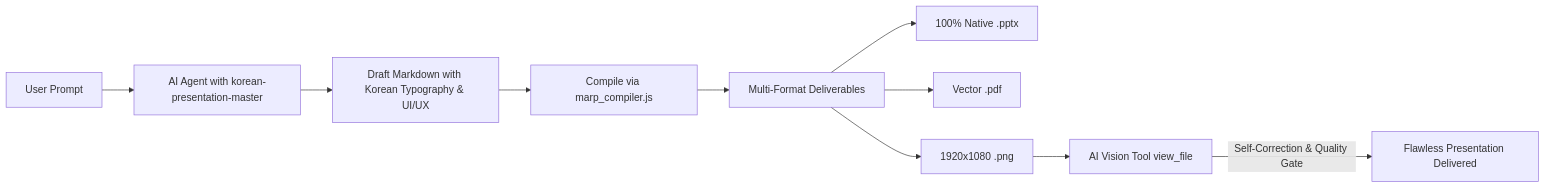
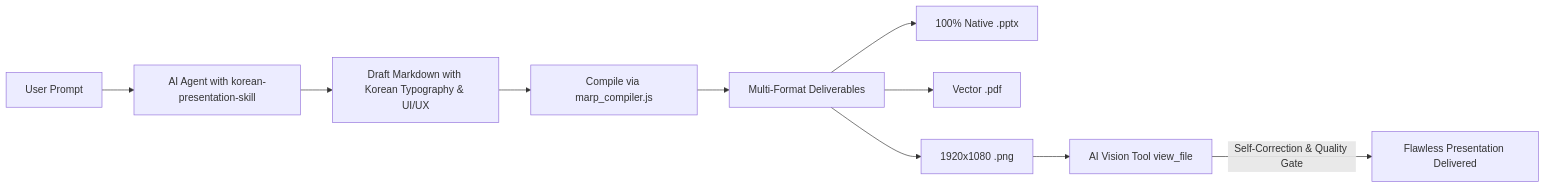
One commit to kez-lab/korean-presentation-skill changed the diagram in README.md. Above: the diagram before and after it, drawn with Mermaid. The commit also changed other lines of this file and 12 other files, not shown here.

Commit message:
feat: rebrand to korean-presentation-skill and update repo references

````diff
--- a/README.md
+++ b/README.md
@@ -60,12 +60,12 @@
 ```mermaid
 flowchart LR
-    A[User Prompt] --> B[AI Agent with korean-presentation-master]
+    A[User Prompt] --> B[AI Agent with korean-presentation-skill]
     B --> C[Draft Markdown with Korean Typography & UI/UX]
     C --> D[Compile via marp_compiler.js]
     D --> E[Multi-Format Deliverables]
     E --> E1[100% Native .pptx]
     E --> E2[Vector .pdf]
     E --> E3[1920x1080 .png]
     E3 --> F[AI Vision Tool view_file]
     F -->|Self-Correction & Quality Gate| G[Flawless Presentation Delivered]
 ```
````
